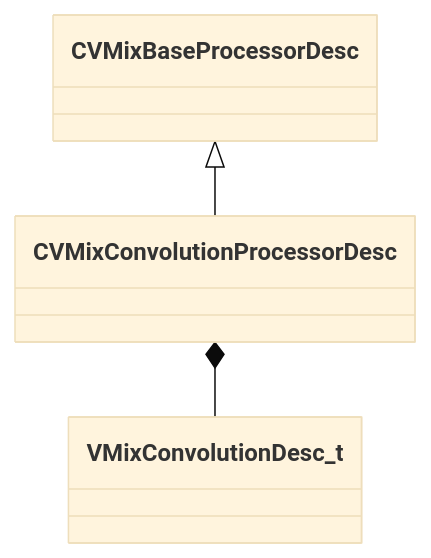
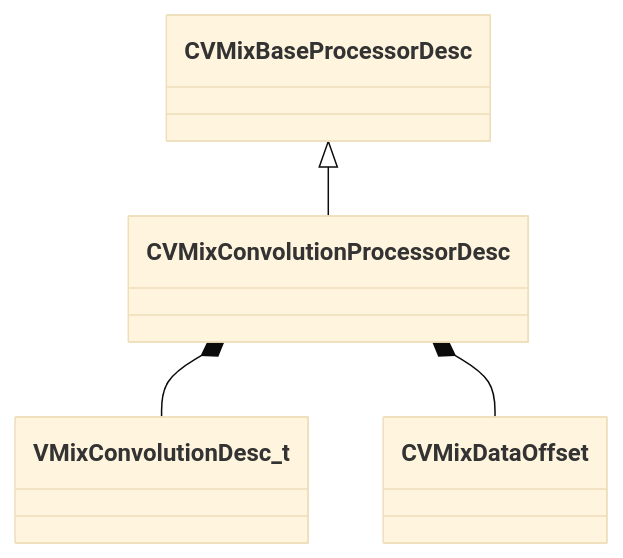
The diagram in docs/generated/schemas/soundsystem_lowlevel/CVMixConvolutionProcessorDesc.md (CS2OpenDev/CS2OpenDev-Docs), drawn with Mermaid (base theme) before and after one commit. The commit also changed other lines of this file and 4654 other files, not shown here.

Commit message:
docs: regenerate for SchemaTracker build 25947352 [skip ci]

````diff
--- a/docs/generated/schemas/soundsystem_lowlevel/CVMixConvolutionProcessorDesc.md
+++ b/docs/generated/schemas/soundsystem_lowlevel/CVMixConvolutionProcessorDesc.md
@@ -19,5 +19,6 @@
 ```mermaid
 classDiagram
     CVMixBaseProcessorDesc <|-- CVMixConvolutionProcessorDesc
     CVMixConvolutionProcessorDesc *-- VMixConvolutionDesc_t
+    CVMixConvolutionProcessorDesc *-- CVMixDataOffset
 ```
````
